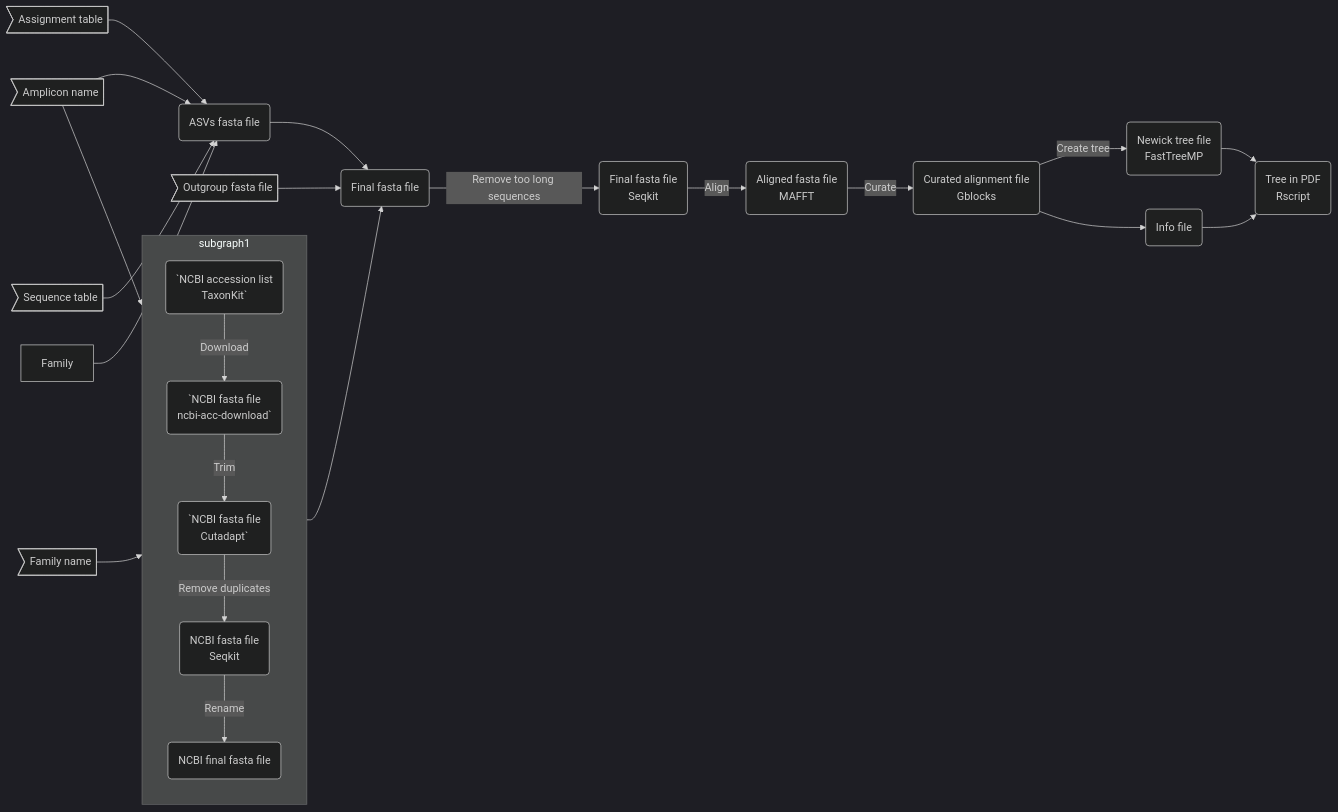
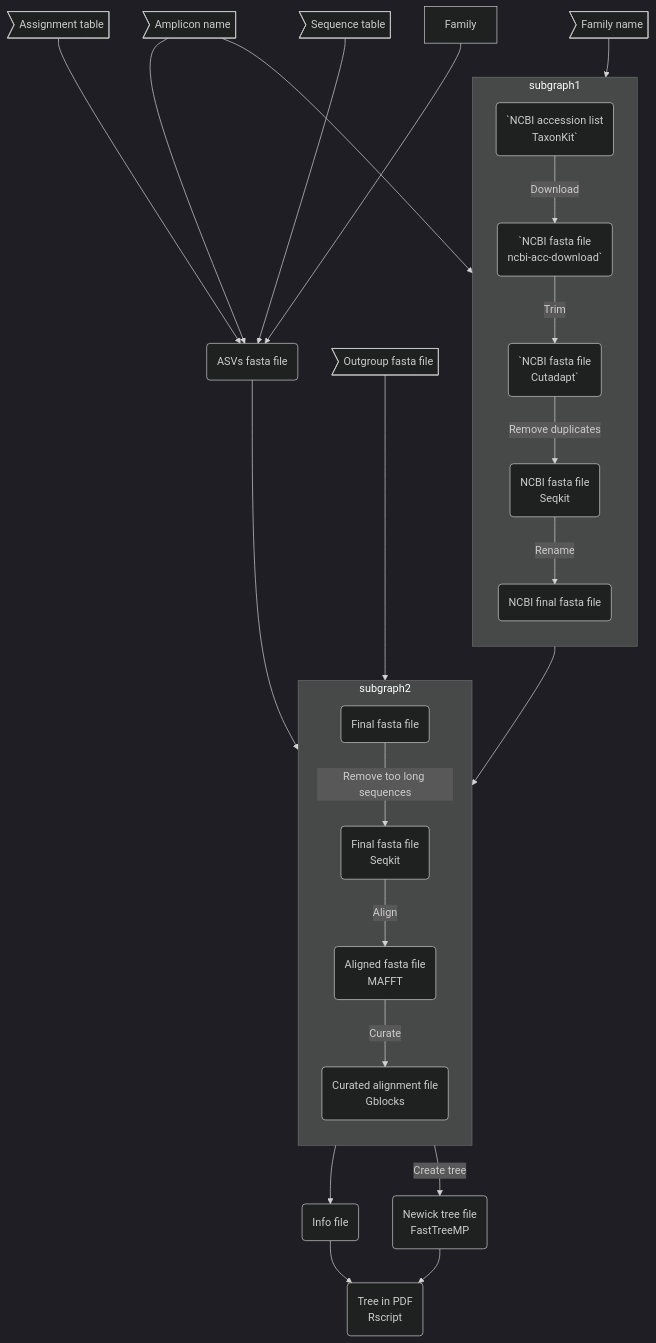
One commit to Enorya/Phylo-tree_eDNA changed the diagram in README.md. Above: the diagram before and after it, drawn with Mermaid (dark theme).

````diff
--- a/README.md
+++ b/README.md
@@ -24,42 +24,46 @@
 ```mermaid
-flowchart LR
+flowchart TB
 	amplicon>Amplicon name]
 	family>Family name]
 	Assign>Assignment table]
 	Seq>Sequence table]
 	Out>Outgroup fasta file]
 	step1(`NCBI accession list
 TaxonKit`)
 	step2(`NCBI fasta file
 ncbi-acc-download`)
 	step3(`NCBI fasta file
 Cutadapt`)
 	step4(NCBI fasta file
 Seqkit)
 	step5(NCBI final fasta file)
 	step6(ASVs fasta file)
 	step7(Final fasta file)
 	step8(Final fasta file
 Seqkit)
 	step9(Aligned fasta file
 MAFFT)
 	step10(Curated alignment file
 Gblocks)
 	step11(Newick tree file
 FastTreeMP)
 	step12(Info file)
 	step13(Tree in PDF
 Rscript)
 
 	subgraph subgraph1
 		direction TB
         	step1 -->|Download| step2 -->|Trim| step3 -->|Remove duplicates| step4 -->|Rename| step5
 	end
+	subgraph subgraph2
+		direction TB
+        	step7 -->|Remove too long sequences| step8 -->|Align| step9 -->|Curate| step10
+	end
 	amplicon --> subgraph1
 	family --> subgraph1
 	amplicon & Assign & Seq & Family --> step6
-	step5 & Out & step6 --> step7 -->|Remove too long sequences| step8 -->|Align| step9 -->|Curate| step10 -->|Create tree| step11
-	step10 --> step12 --> step13
-	step11 --> step13
+	step5 & Out & step6 --> subgraph2
+	subgraph2 --> step12 --> step13
+	subgraph2 -->|Create tree| step11 --> step13
 
 ```
````
